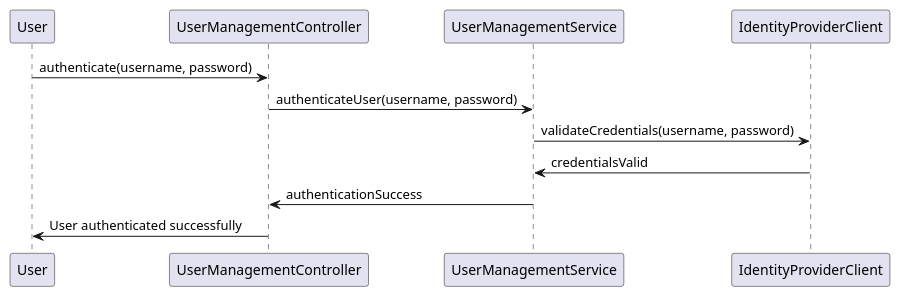
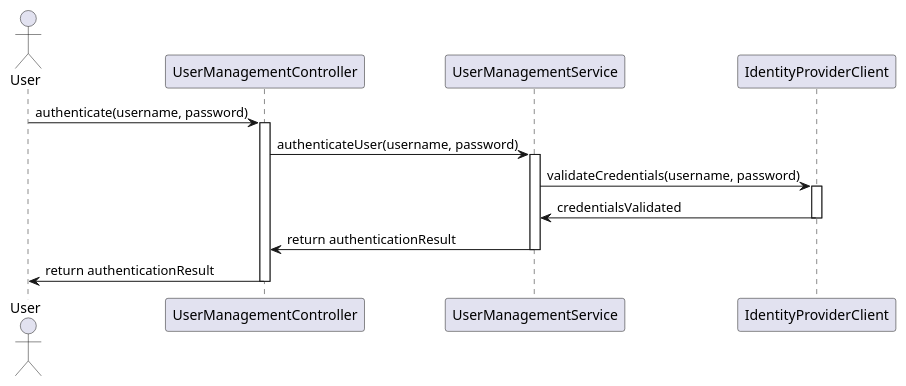
Before and after one commit to shreya-cn/autodev.ai: the second of 5 diagrams in usermanagement/documentation/detaileddesign.adoc, drawn with PlantUML. The commit also changed other lines of this file and 3 other files, not shown here.

```diff
--- a/usermanagement/documentation/detaileddesign.adoc
+++ b/usermanagement/documentation/detaileddesign.adoc
@@ -126,14 +132,26 @@
 [plantuml, authentication-sequence, png]
-....
-participant "User" as U
-participant "UserManagementController" as C
-participant "UserManagementService" as S
-participant "IdentityProviderClient" as IPC
+----
+@startuml
+actor User
+participant UserManagementController
+participant UserManagementService
+participant IdentityProviderClient
 
-U -> C: authenticate(username, password)
-C -> S: authenticateUser(username, password)
-S -> IPC: validateCredentials(username, password)
-IPC -> S: credentialsValid
-S -> C: authenticationSuccess
-C -> U: User authenticated successfully
-....
+User -> UserManagementController : authenticate(username, password)
+activate UserManagementController
+
+UserManagementController -> UserManagementService : authenticateUser(username, password)
+activate UserManagementService
+
+UserManagementService -> IdentityProviderClient : validateCredentials(username, password)
+activate IdentityProviderClient
+IdentityProviderClient -> UserManagementService : credentialsValidated
+deactivate IdentityProviderClient
+
+UserManagementService -> UserManagementController : return authenticationResult
+deactivate UserManagementService
+
+UserManagementController -> User : return authenticationResult
+deactivate UserManagementController
+@enduml
+----
```
